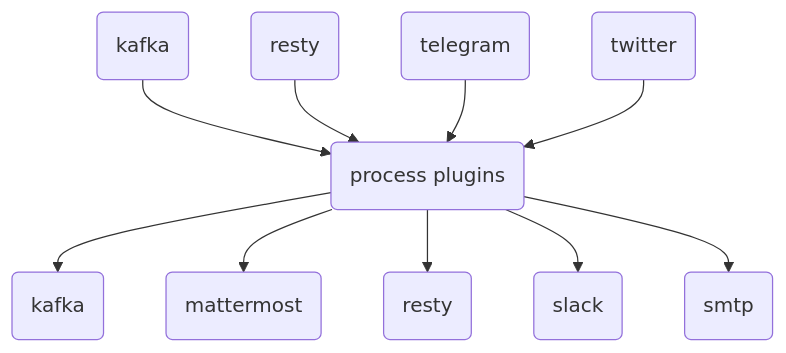
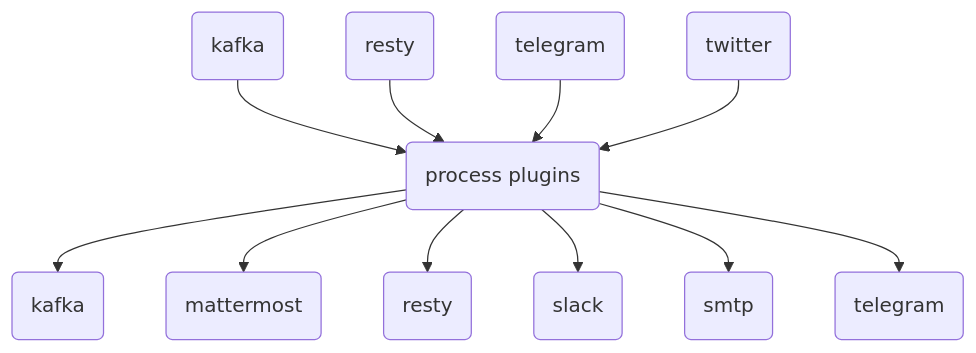
Before and after one commit to livelace/gosquito: the diagram in README.md, drawn with Mermaid.

````diff
--- a/README.md
+++ b/README.md
@@ -9,12 +9,13 @@
 ```mermaid
 graph TD;
     I1(kafka)-->P1(process plugins);
     I2(resty)-->P1;
     I3(telegram)-->P1;
     I4(twitter)-->P1;
     P1-->O1(kafka);
     P1-->O2(mattermost);
     P1-->O3(resty);
     P1-->O4(slack);
     P1-->O5(smtp);
+    P1-->O6(telegram);
 ```
````
